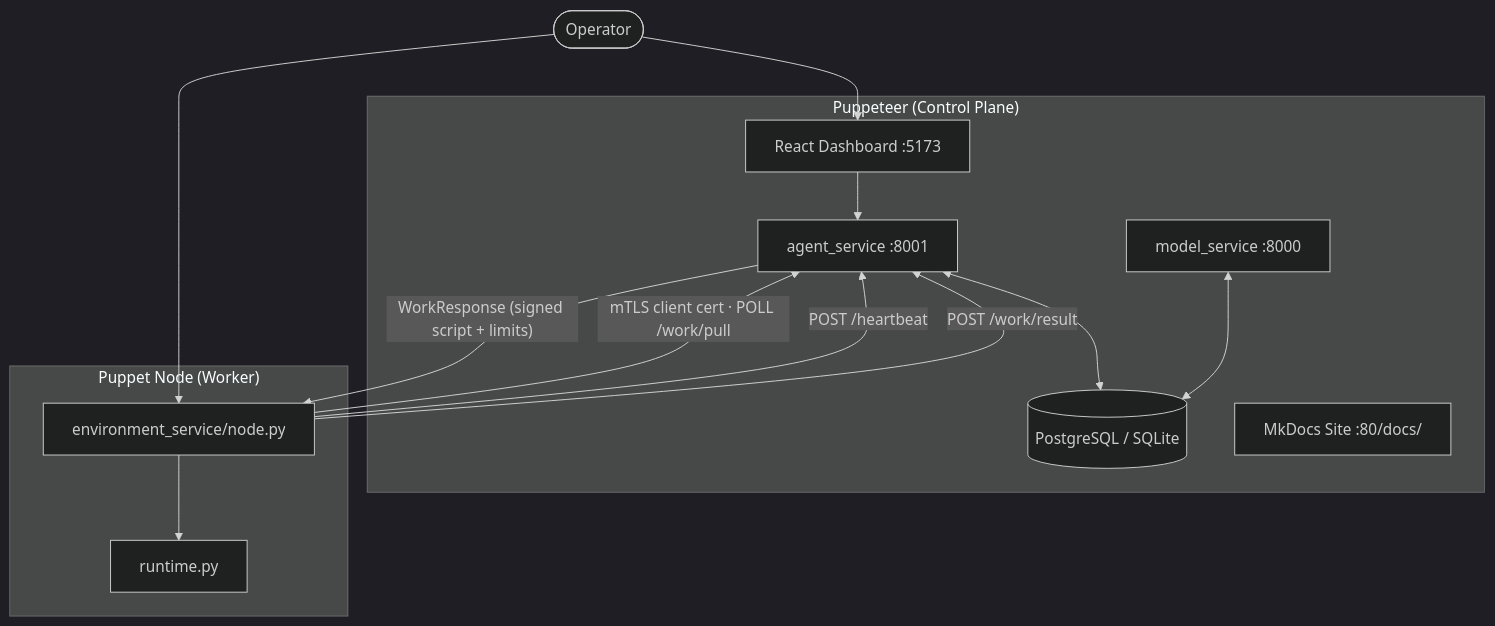
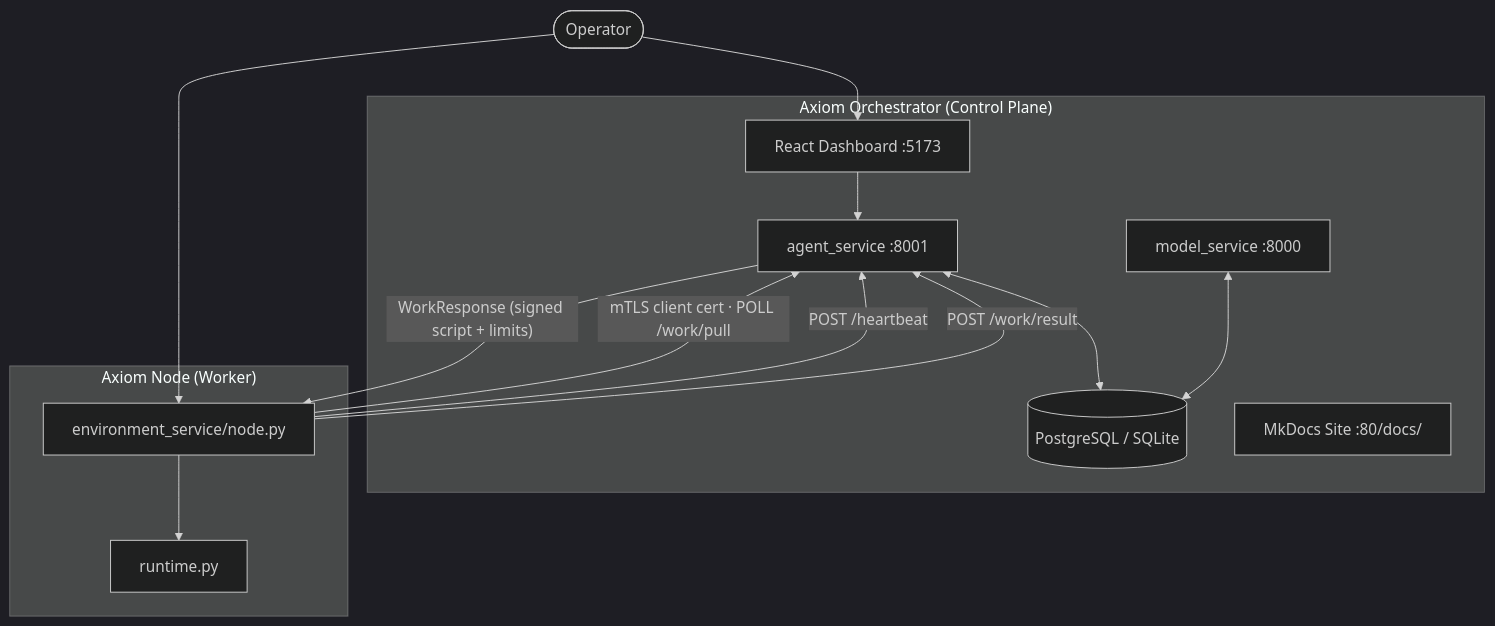
Before and after one commit to axiom-laboratories/axiom: the first of 7 diagrams in docs/docs/developer/architecture.md, drawn with Mermaid (dark theme). The commit also changed other lines of this file and 5 other files, not shown here.

````diff
--- a/docs/docs/developer/architecture.md
+++ b/docs/docs/developer/architecture.md
@@ -11,24 +11,24 @@
 ```mermaid
 graph TB
-    subgraph Puppeteer ["Puppeteer (Control Plane)"]
+    subgraph Puppeteer ["Axiom Orchestrator (Control Plane)"]
         A[agent_service :8001]
         M[model_service :8000]
         DB[(PostgreSQL / SQLite)]
         DASH[React Dashboard :5173]
         DOCS[MkDocs Site :80/docs/]
         A <--> DB
         M <--> DB
         DASH --> A
     end
-    subgraph Puppet ["Puppet Node (Worker)"]
+    subgraph Puppet ["Axiom Node (Worker)"]
         N[environment_service/node.py]
         R[runtime.py]
         N --> R
     end
     N -->|"mTLS client cert · POLL /work/pull"| A
     N -->|"POST /heartbeat"| A
     A -->|"WorkResponse (signed script + limits)"| N
     N -->|"POST /work/result"| A
     OPER([Operator]) --> DASH
     OPER --> N
 ```
````
